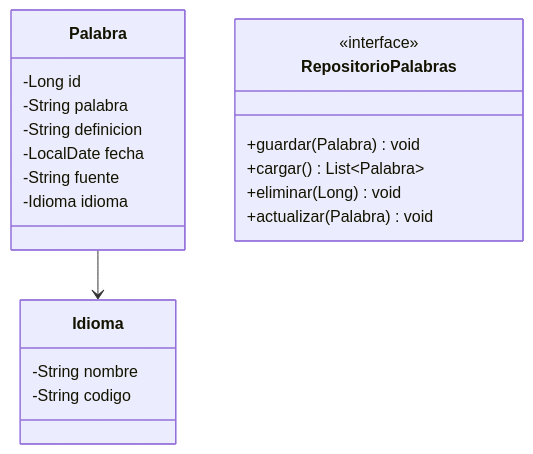
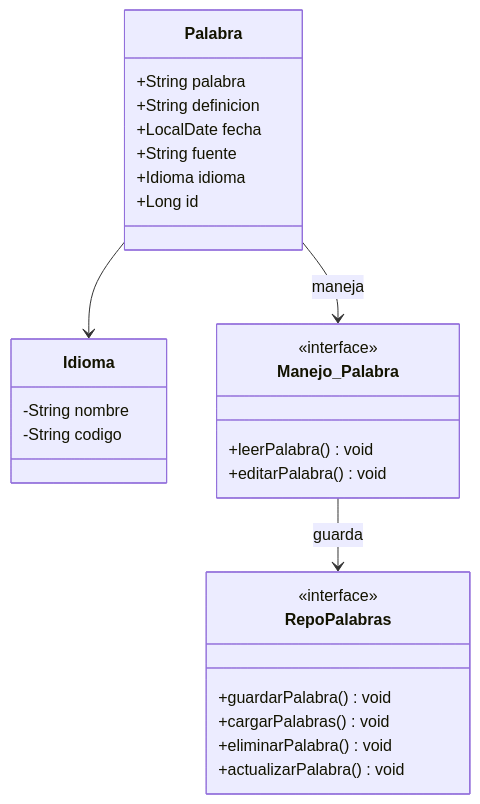
Before and after one commit to manupinta2009-max/Diksy: the diagram in Docs/UML.md, drawn with Mermaid.

Commit message:
Refactor UML diagram and class names

````diff
--- a/Docs/UML.md
+++ b/Docs/UML.md
@@ -2,27 +2,35 @@
 ```mermaid
 classDiagram
 
     class Palabra {
-        -Long id
-        -String palabra
-        -String definicion
-        -LocalDate fecha
-        -String fuente
-        -Idioma idioma
+        +String palabra
+        +String definicion
+        +LocalDate fecha
+        +String fuente
+        +Idioma idioma
+        +Long id
     }
 
     class Idioma {
         -String nombre
         -String codigo
     }
 
-    class RepositorioPalabras {
+    class Manejo_Palabra {
         <<interface>>
-        +guardar(Palabra) void
-        +cargar() List~Palabra~
-        +eliminar(Long) void
-        +actualizar(Palabra) void
+        +leerPalabra() void
+        +editarPalabra() void
+    }
+
+    class RepoPalabras {
+        <<interface>>
+        +guardarPalabra() void
+        +cargarPalabras() void
+        +eliminarPalabra() void
+        +actualizarPalabra() void
     }
 
     Palabra --> Idioma
+    Palabra --> Manejo_Palabra : maneja
+    Manejo_Palabra --> RepoPalabras : guarda
 ```
````
